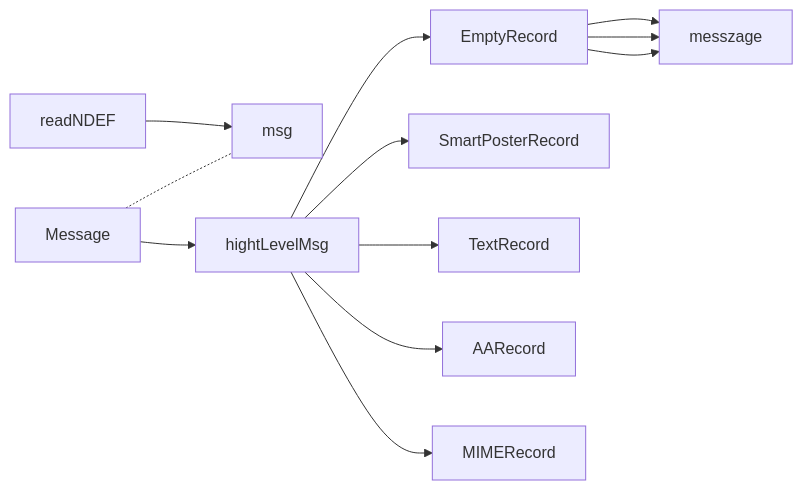
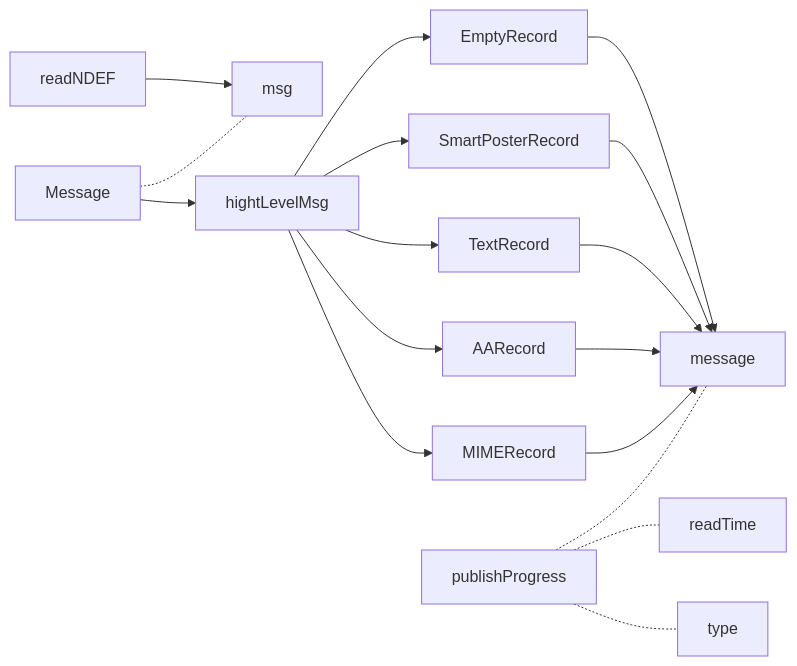
The third of 3 diagrams in nxp/Demo.md (gordianknotC/nxp_note), drawn with Mermaid before and after one commit. The commit also changed other lines of this file, not shown here.

Commit message:
nxp/Demo.md updated from https://stackedit.io/

````diff
--- a/nxp/Demo.md
+++ b/nxp/Demo.md
@@ -129,19 +129,25 @@
 ```mermaid
 graph LR
 msg
 
 readNDEF --> msg
 Message -.- msg
 Message --> hightLevelMsg
 hightLevelMsg--> EmptyRecord
 hightLevelMsg--> SmartPosterRecord
 hightLevelMsg--> TextRecord
 hightLevelMsg--> AARecord
 hightLevelMsg--> MIMERecord
 
-EmptyRecord --> messzage
-EmptyRecord --> messzage
-EmptyRecord --> messzage
+EmptyRecord --> message
+SmartPosterRecord--> message
+TextRecord--> message
+AARecord--> message
+MIMERecord--> message
 
-
+readTime
+type
+publishProgress -.- message
+publishProgress -.- readTime
+publishProgress -.- type
 ```
````
